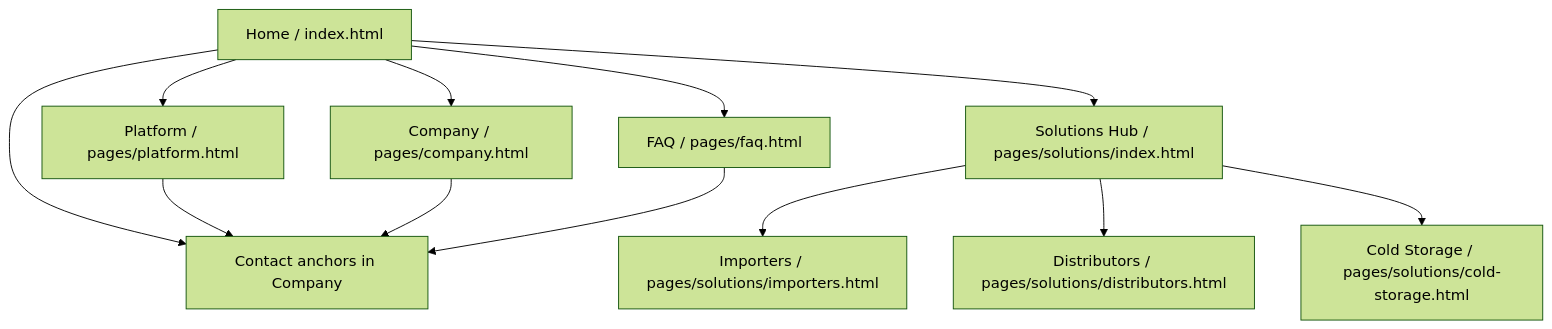
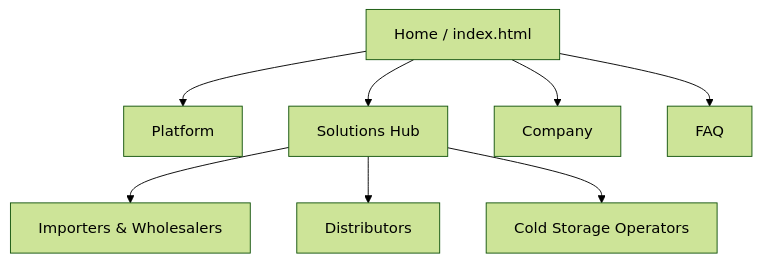
The diagram in report/40-chapter-4-product-design/4-2-information-architecture.md (upc-pre-202610-1asi0730-12242-king/nexa-report), drawn with Mermaid (forest theme) before and after one commit. The commit also changed other lines of this file, not shown here.

First line of the commit message:
docs(ch4): update information architecture with webapp and portal IA

````diff
--- a/report/40-chapter-4-product-design/4-2-information-architecture.md
+++ b/report/40-chapter-4-product-design/4-2-information-architecture.md
@@ -11,16 +11,11 @@
 ```mermaid
 graph TD
-    Home["Home / index.html"] --> Platform["Platform / pages/platform.html"]
-    Home --> Solutions["Solutions Hub / pages/solutions/index.html"]
-    Home --> Company["Company / pages/company.html"]
-    Home --> FAQ["FAQ / pages/faq.html"]
+    Home["Home / index.html"] --> Platform["Platform"]
+    Home --> Solutions["Solutions Hub"]
+    Home --> Company["Company"]
+    Home --> FAQ["FAQ"]
 
-    Solutions --> Importers["Importers / pages/solutions/importers.html"]
-    Solutions --> Distributors["Distributors / pages/solutions/distributors.html"]
-    Solutions --> Storage["Cold Storage / pages/solutions/cold-storage.html"]
-
-    Home --> Contact["Contact anchors in Company"]
-    Platform --> Contact
-    Company --> Contact
-    FAQ --> Contact
+    Solutions --> Importers["Importers & Wholesalers"]
+    Solutions --> Distributors["Distributors"]
+    Solutions --> Storage["Cold Storage Operators"]
 ```
````
